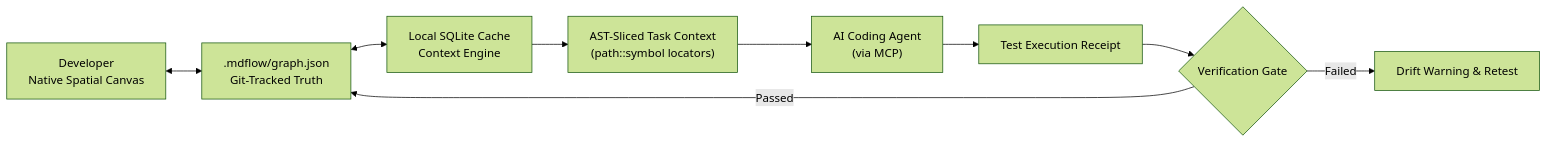
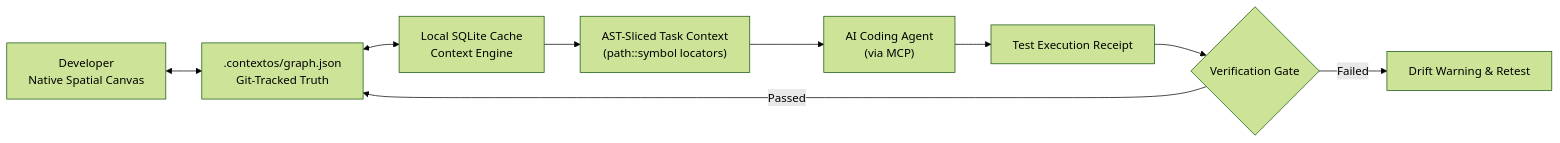
One commit to yubinbin32-ops/Mdflow changed the diagram in README.md. Above: the diagram before and after it, drawn with Mermaid (forest theme). The commit also changed other lines of this file and 72 other files, not shown here.

````diff
--- a/README.md
+++ b/README.md
@@ -118,11 +118,11 @@
 ```mermaid
 flowchart LR
-  Human["Developer\nNative Spatial Canvas"] <--> Plaintext[".mdflow/graph.json\nGit-Tracked Truth"]
+  Human["Developer\nNative Spatial Canvas"] <--> Plaintext[".contextos/graph.json\nGit-Tracked Truth"]
   Plaintext <--> Engine["Local SQLite Cache\nContext Engine"]
   Engine --> Slice["AST-Sliced Task Context\n(path::symbol locators)"]
   Slice --> Agent["AI Coding Agent\n(via MCP)"]
   Agent --> Evidence["Test Execution Receipt"]
   Evidence --> Gate{"Verification Gate"}
   Gate -->|Passed| Plaintext
   Gate -->|Failed| Alert["Drift Warning & Retest"]
 ```
````
